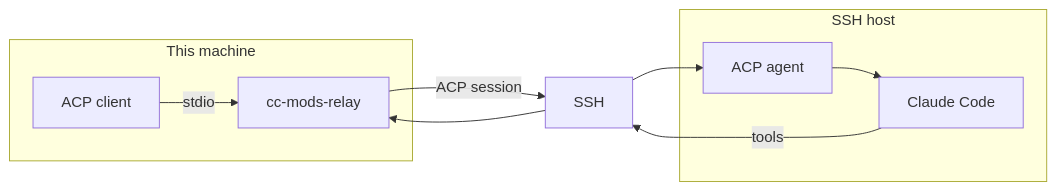
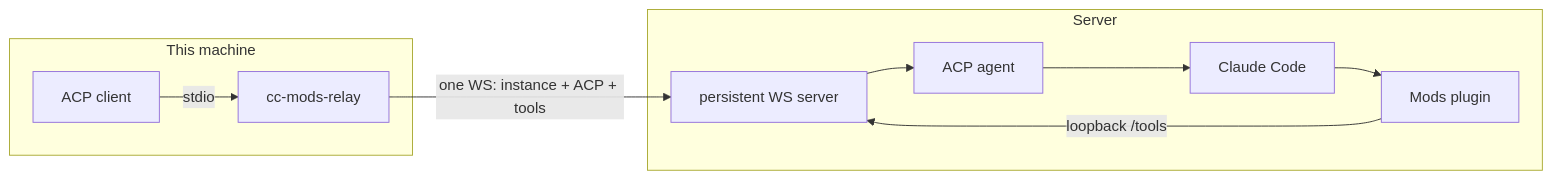
The first of 2 diagrams in README.md (xesrevinu/cc-mods-relay), drawn with Mermaid before and after one commit. The commit also changed other lines of this file and 59 other files, not shown here.

First line of the commit message:
Replace SSH with a persistent WebSocket server and stop forging Claude's Environment.

````diff
--- a/README.md
+++ b/README.md
@@ -11,18 +13,19 @@
 ```mermaid
 flowchart LR
   subgraph local ["This machine"]
     client["ACP client"]
-    relay["cc-mods-relay"]
-    client -->|stdio| relay
+    shim["cc-mods-relay"]
+    client -->|stdio| shim
   end
-  ssh["SSH"]
-  subgraph host ["SSH host"]
+  subgraph host ["Server"]
+    server["persistent WS server"]
     agent["ACP agent"]
     tui["Claude Code"]
+    plugin["Mods plugin"]
+    server --> agent
     agent --> tui
+    tui --> plugin
+    plugin -->|loopback /tools| server
   end
-  relay -->|"ACP session"| ssh
-  ssh --> agent
-  tui -->|"tools"| ssh
-  ssh --> relay
+  shim -->|"one WS: instance + ACP + tools"| server
 ```
````
